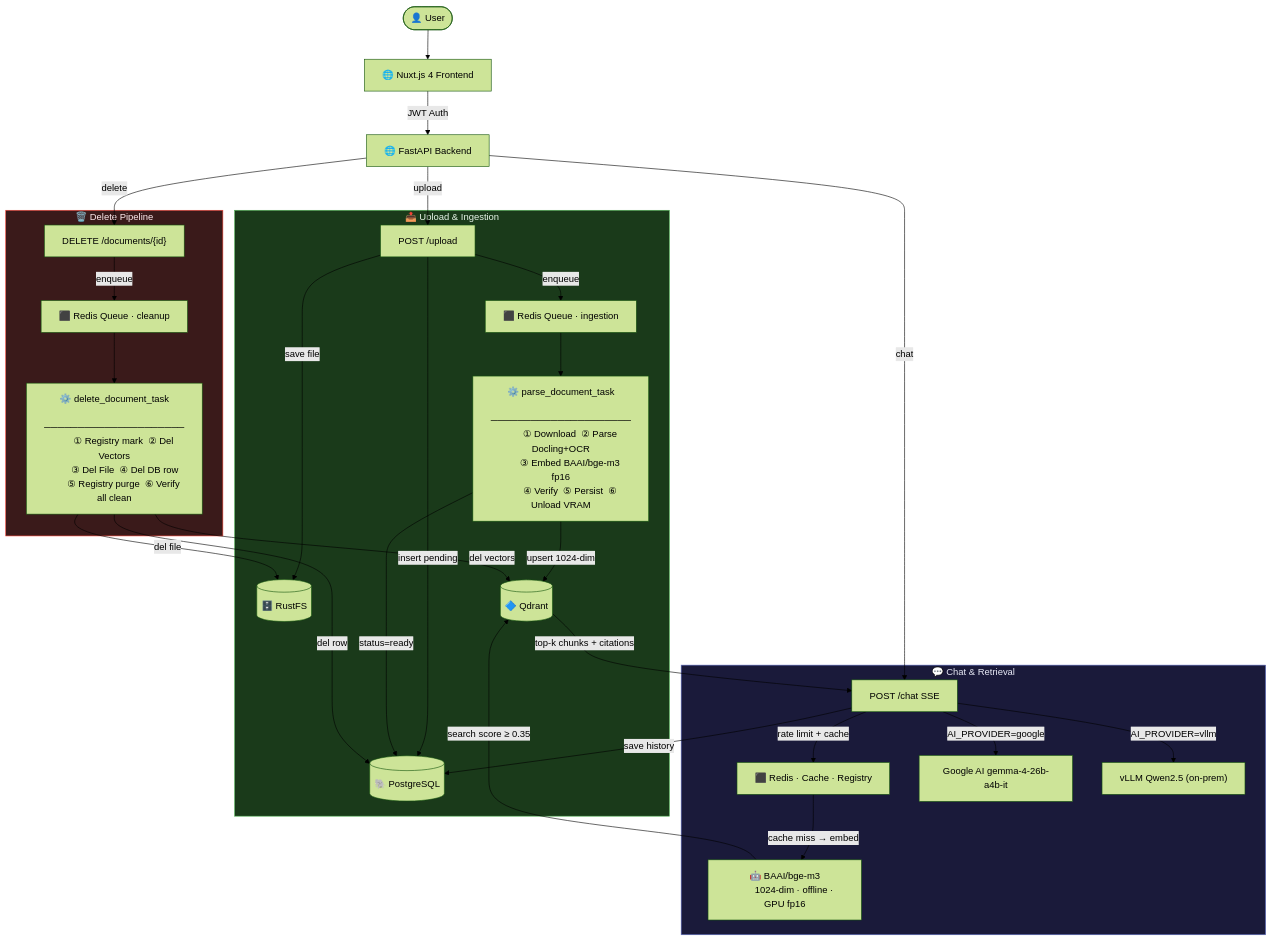
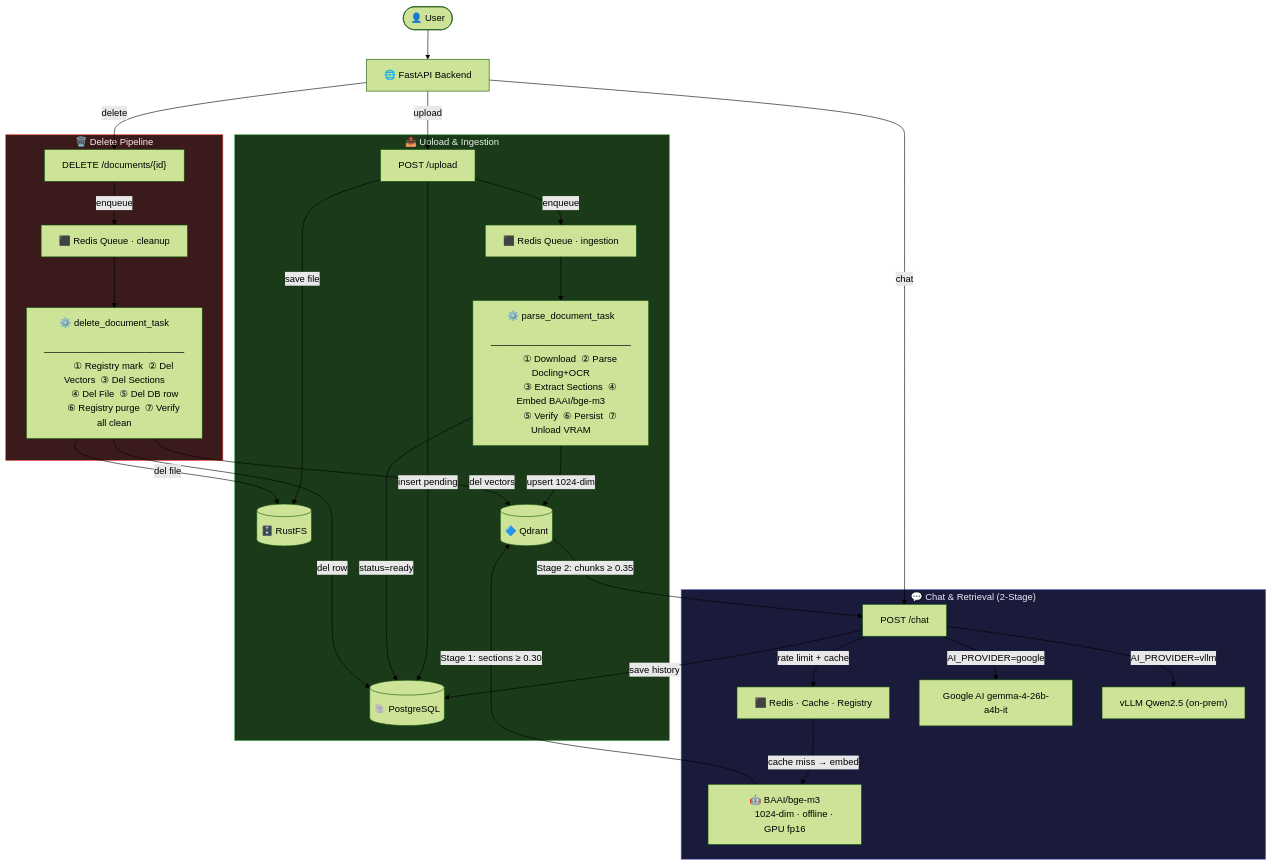
One commit to qtuanph/chatbot-rag changed the diagram in README.md. Above: the diagram before and after it, drawn with Mermaid (forest theme). The commit also changed other lines of this file and 91 other files, not shown here.

````diff
--- a/README.md
+++ b/README.md
@@ -44,49 +36,48 @@
 ```mermaid
 flowchart TD
-    U(["👤 User"]) --> WEB["🌐 Nuxt.js 4 Frontend"]
-    WEB --> |JWT Auth| API["🌐 FastAPI Backend"]
+    U(["👤 User"]) --> API["🌐 FastAPI Backend"]
 
     API --> |upload| UP["POST /upload"]
-    API --> |chat| CH["POST /chat  SSE"]
+    API --> |chat| CH["POST /chat"]
     API --> |delete| DE["DELETE /documents/{id}"]
 
     subgraph Ingestion ["📤 Upload & Ingestion"]
         UP --> |save file| FS[("🗄️ RustFS")]
         UP --> |insert pending| PG[("🐘 PostgreSQL")]
         UP --> |enqueue| QI["⬛ Redis Queue · ingestion"]
         QI --> W1["⚙️ parse_document_task
         ─────────────────────
         ① Download  ② Parse Docling+OCR
-        ③ Embed BAAI/bge-m3 fp16
-        ④ Verify  ⑤ Persist  ⑥ Unload VRAM"]
+        ③ Extract Sections  ④ Embed BAAI/bge-m3
+        ⑤ Verify  ⑥ Persist  ⑦ Unload VRAM"]
         W1 --> |upsert 1024-dim| QD[("🔷 Qdrant")]
         W1 --> |status=ready| PG
     end
 
-    subgraph ChatFlow ["💬 Chat & Retrieval"]
+    subgraph ChatFlow ["💬 Chat & Retrieval (2-Stage)"]
         CH --> |rate limit + cache| RE["⬛ Redis · Cache · Registry"]
         RE --> |cache miss → embed| BGE["🤖 BAAI/bge-m3
         1024-dim · offline · GPU fp16"]
-        BGE --> |search score ≥ 0.35| QD
-        QD --> |top-k chunks + citations| CH
+        BGE --> |Stage 1: sections ≥ 0.30| QD
+        QD --> |Stage 2: chunks ≥ 0.35| CH
         CH --> |AI_PROVIDER=google| LLM1["Google AI gemma-4-26b-a4b-it"]
         CH --> |AI_PROVIDER=vllm| LLM2["vLLM Qwen2.5 (on-prem)"]
         CH --> |save history| PG
     end
 
     subgraph Deletion ["🗑️ Delete Pipeline"]
         DE --> |enqueue| QD2["⬛ Redis Queue · cleanup"]
         QD2 --> W2["⚙️ delete_document_task
         ─────────────────────
-        ① Registry mark  ② Del Vectors
-        ③ Del File  ④ Del DB row
-        ⑤ Registry purge  ⑥ Verify all clean"]
+        ① Registry mark  ② Del Vectors  ③ Del Sections
+        ④ Del File  ⑤ Del DB row
+        ⑥ Registry purge  ⑦ Verify all clean"]
         W2 --> |del vectors| QD
         W2 --> |del file| FS
         W2 --> |del row| PG
     end
 
     style Ingestion fill:#1a3a1a,stroke:#4caf50,color:#e8f5e9
     style ChatFlow fill:#1a1a3a,stroke:#5c6bc0,color:#e8eaf6
     style Deletion fill:#3a1a1a,stroke:#f44336,color:#ffebee
 ```
````
